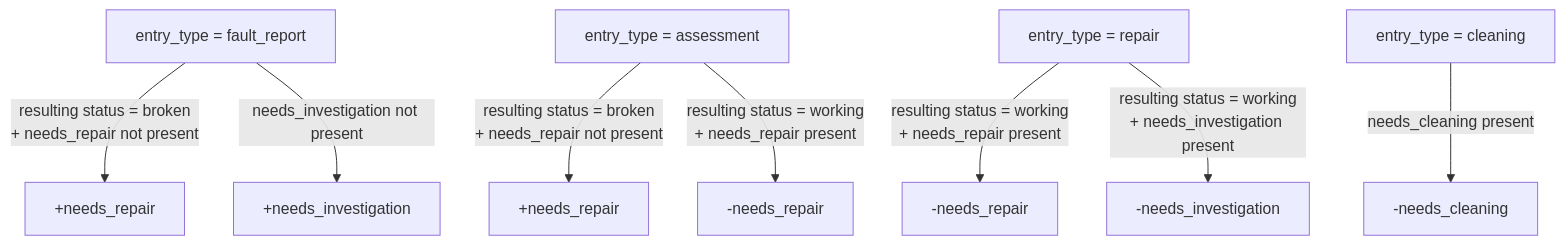
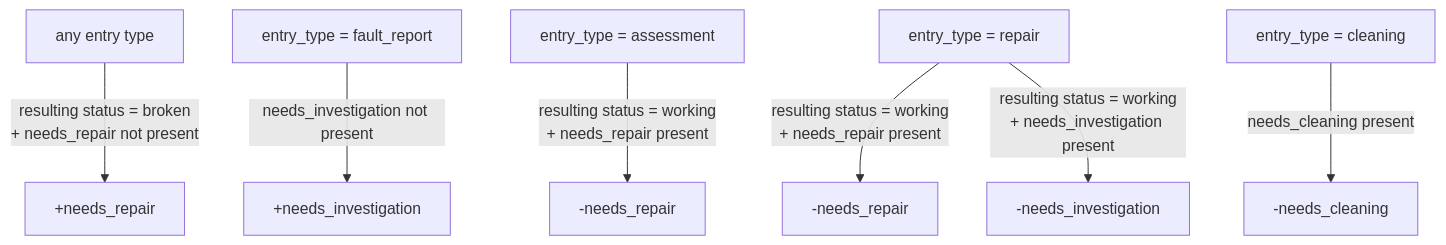
The diagram in readme.md (smemmusic/repairs-tracker), drawn with Mermaid before and after one commit. The commit also changed other lines of this file and 9 other files, not shown here.

````diff
--- a/readme.md
+++ b/readme.md
@@ -269,18 +270,19 @@
 ```mermaid
 flowchart TD
+    Any["any entry type"]
     FaultReport["entry_type = fault_report"]
     Assessment["entry_type = assessment"]
     Repair["entry_type = repair"]
     Cleaning["entry_type = cleaning"]
 
-    FaultReport -->|"resulting status = broken<br>+ needs_repair not present"| AddRepair["+needs_repair"]
+    Any -->|"resulting status = broken<br>+ needs_repair not present"| AddRepair["+needs_repair"]
+
     FaultReport -->|"needs_investigation not present"| AddInv["+needs_investigation"]
 
-    Assessment -->|"resulting status = broken<br>+ needs_repair not present"| AddRepair2["+needs_repair"]
     Assessment -->|"resulting status = working<br>+ needs_repair present"| RemRepair["-needs_repair"]
 
     Repair -->|"resulting status = working<br>+ needs_repair present"| RemRepair2["-needs_repair"]
     Repair -->|"resulting status = working<br>+ needs_investigation present"| RemInv["-needs_investigation"]
 
     Cleaning -->|"needs_cleaning present"| RemCleaning["-needs_cleaning"]
 ```
````
